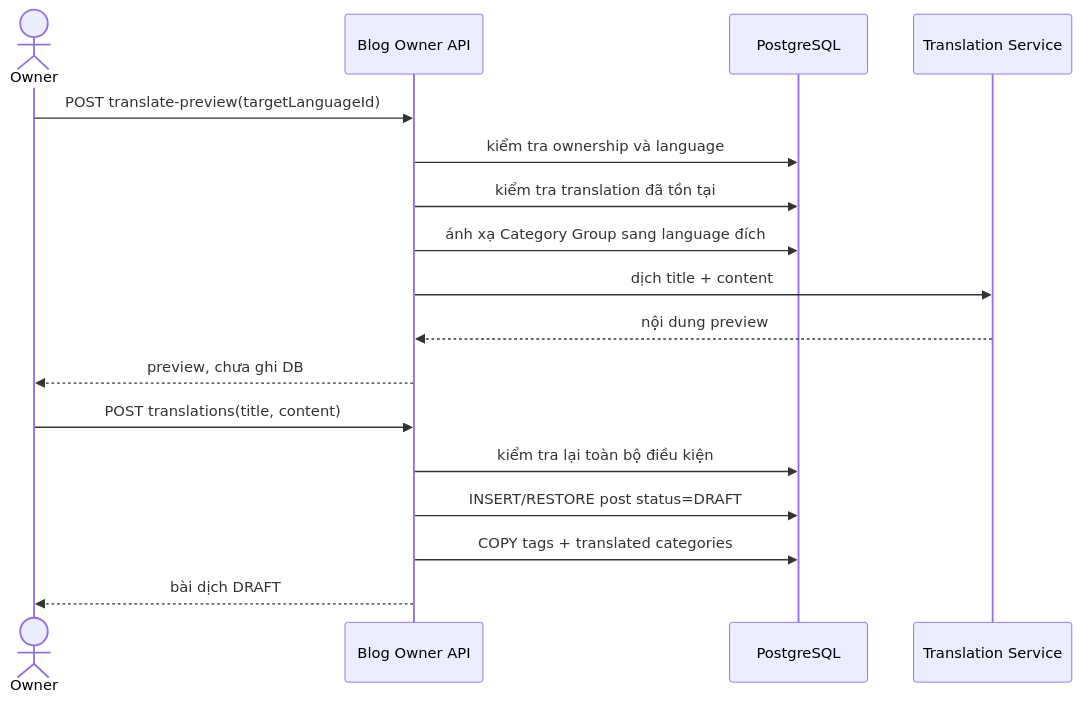
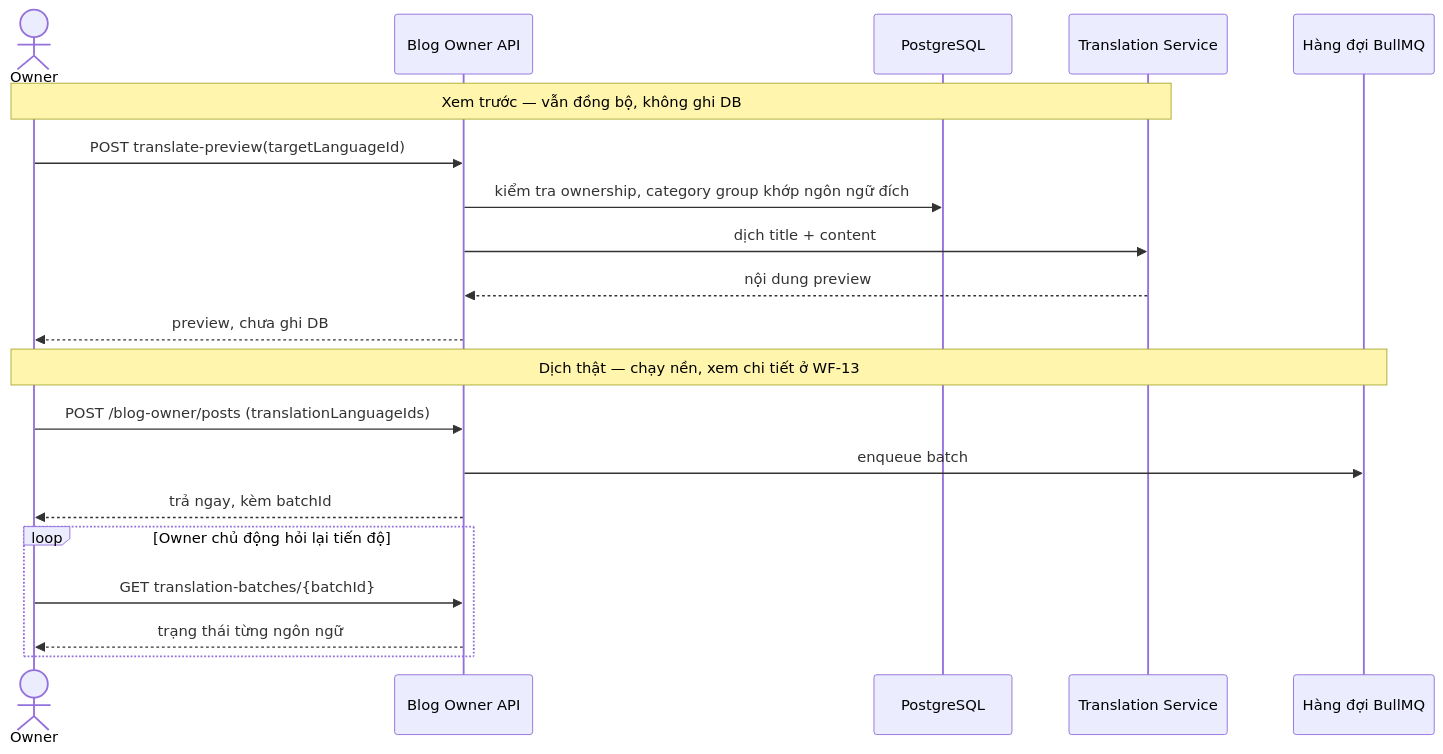
The eighth of 9 diagrams in docs/Preview Documentation/BUSINESS_WORKFLOWS.md (ngocha3792/Quan-ly-blog), drawn with Mermaid before and after one commit. The commit also changed other lines of this file and 6 other files, not shown here.

````diff
--- a/docs/Preview Documentation/BUSINESS_WORKFLOWS.md
+++ b/docs/Preview Documentation/BUSINESS_WORKFLOWS.md
@@ -1000,21 +1035,25 @@
 ```mermaid
 sequenceDiagram
     actor Owner
     participant API as Blog Owner API
     participant DB as PostgreSQL
     participant Translate as Translation Service
+    participant Queue as Hàng đợi BullMQ
 
+    Note over Owner,Translate: Xem trước — vẫn đồng bộ, không ghi DB
     Owner->>API: POST translate-preview(targetLanguageId)
-    API->>DB: kiểm tra ownership và language
-    API->>DB: kiểm tra translation đã tồn tại
-    API->>DB: ánh xạ Category Group sang language đích
+    API->>DB: kiểm tra ownership, category group khớp ngôn ngữ đích
     API->>Translate: dịch title + content
     Translate-->>API: nội dung preview
     API-->>Owner: preview, chưa ghi DB
 
-    Owner->>API: POST translations(title, content)
-    API->>DB: kiểm tra lại toàn bộ điều kiện
-    API->>DB: INSERT/RESTORE post status=DRAFT
-    API->>DB: COPY tags + translated categories
-    API-->>Owner: bài dịch DRAFT
+    Note over Owner,Queue: Dịch thật — chạy nền, xem chi tiết ở WF-13
+    Owner->>API: POST /blog-owner/posts (translationLanguageIds)
+    API->>Queue: enqueue batch
+    API-->>Owner: trả ngay, kèm batchId
+
+    loop Owner chủ động hỏi lại tiến độ
+        Owner->>API: GET translation-batches/{batchId}
+        API-->>Owner: trạng thái từng ngôn ngữ
+    end
 ```
````
